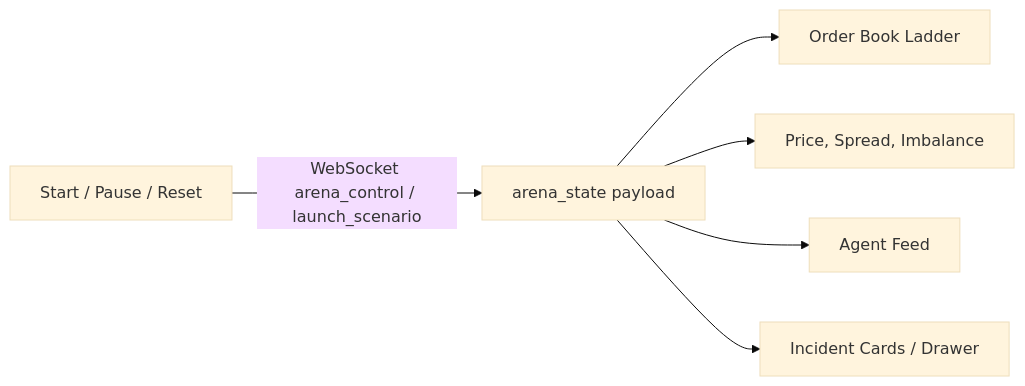
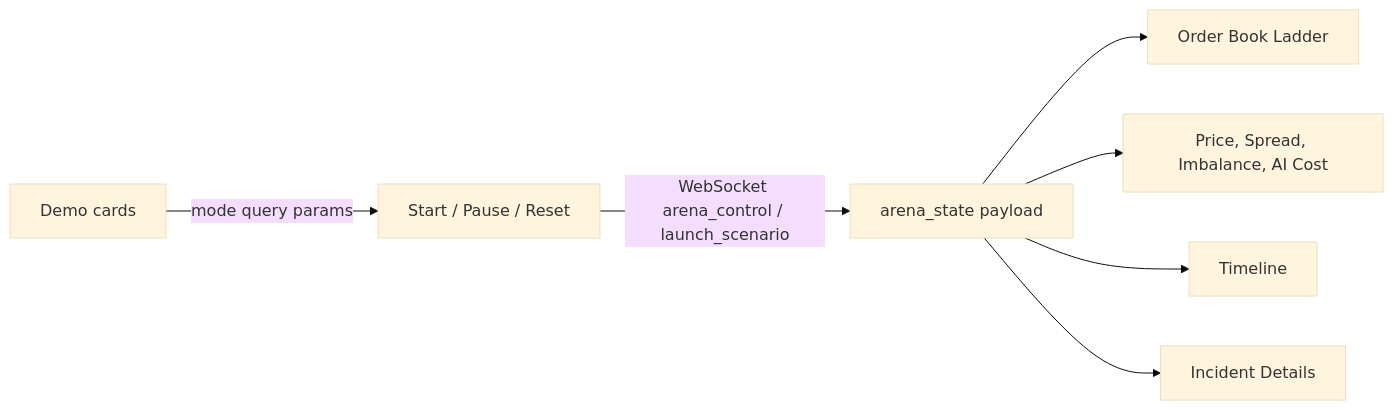
The fifth of 8 diagrams in docs/architecture/ARD-0001-overall-architecture.md (khab40/aimada), drawn with Mermaid (base theme) before and after one commit. The commit also changed other lines of this file and 35 other files, not shown here.

Commit message:
feat(demo): add product demo flow

````diff
--- a/docs/architecture/ARD-0001-overall-architecture.md
+++ b/docs/architecture/ARD-0001-overall-architecture.md
@@ -144,15 +152,17 @@
 ```mermaid
 graph LR
+    Demo["Demo cards"]
     Controls["Start / Pause / Reset"]
     Ladder["Order Book Ladder"]
-    Charts["Price, Spread, Imbalance"]
-    Feed["Agent Feed"]
-    IncidentsUI["Incident Cards / Drawer"]
+    Charts["Price, Spread, Imbalance, AI Cost"]
+    Feed["Timeline"]
+    IncidentsUI["Incident Details"]
     BackendState["arena_state payload"]
 
+    Demo -->|mode query params| Controls
     BackendState --> Ladder
     BackendState --> Charts
     BackendState --> Feed
     BackendState --> IncidentsUI
     Controls -->|WebSocket arena_control / launch_scenario| BackendState
 ```
````
